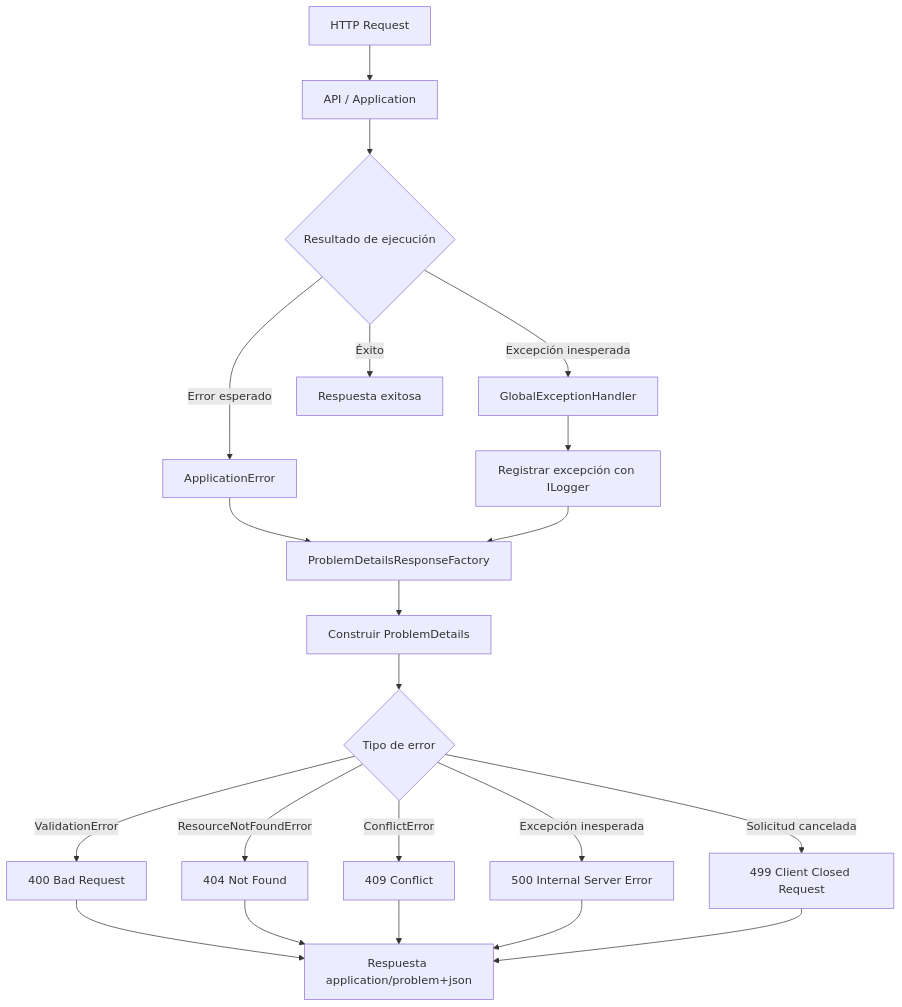
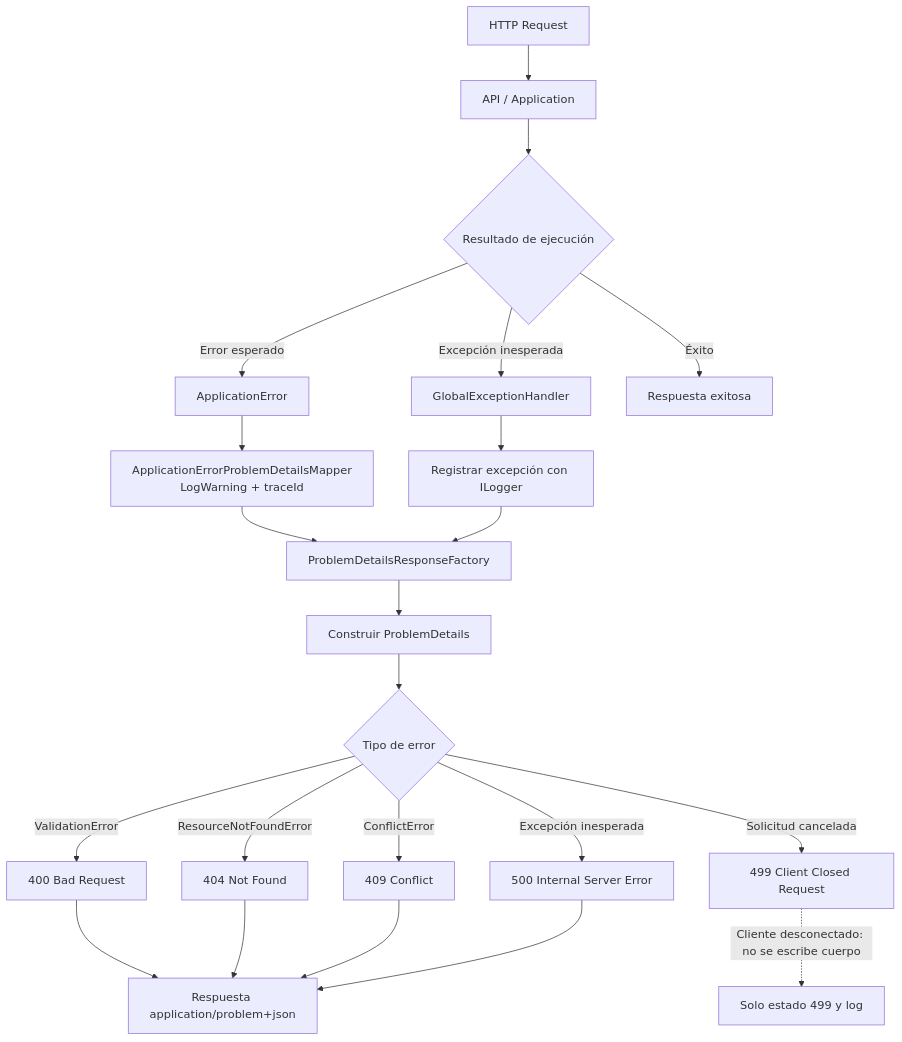
Before and after one commit to MLahuasi/FEPP-ContaOps: the sixth of 9 diagrams in specs/implementation/01-base-api-arquitectura-impl.md, drawn with Mermaid. The commit also changed other lines of this file and 9 other files, not shown here.

````diff
--- a/specs/implementation/01-base-api-arquitectura-impl.md
+++ b/specs/implementation/01-base-api-arquitectura-impl.md
@@ -452,30 +453,31 @@
 ```mermaid
 flowchart TD
     A["HTTP Request"] --> B["API / Application"]
 
     B --> C{"Resultado de ejecución"}
 
     C -->|Error esperado| D["ApplicationError"]
     C -->|Excepción inesperada| E["GlobalExceptionHandler"]
     C -->|Éxito| F["Respuesta exitosa"]
 
-    D --> G["ProblemDetailsResponseFactory"]
+    D --> MAP["ApplicationErrorProblemDetailsMapper<br/>LogWarning + traceId"]
+    MAP --> G["ProblemDetailsResponseFactory"]
 
     E --> H["Registrar excepción con ILogger"]
     H --> G
 
     G --> I["Construir ProblemDetails"]
     I --> J{"Tipo de error"}
 
     J -->|ValidationError| K["400 Bad Request"]
     J -->|ResourceNotFoundError| L["404 Not Found"]
     J -->|ConflictError| M["409 Conflict"]
     J -->|Excepción inesperada| N["500 Internal Server Error"]
     J -->|Solicitud cancelada| O["499 Client Closed Request"]
 
     K --> P["Respuesta application/problem+json"]
     L --> P
     M --> P
     N --> P
-    O --> P
+    O -.->|Cliente desconectado: no se escribe cuerpo| Q["Solo estado 499 y log"]
 ```
````
